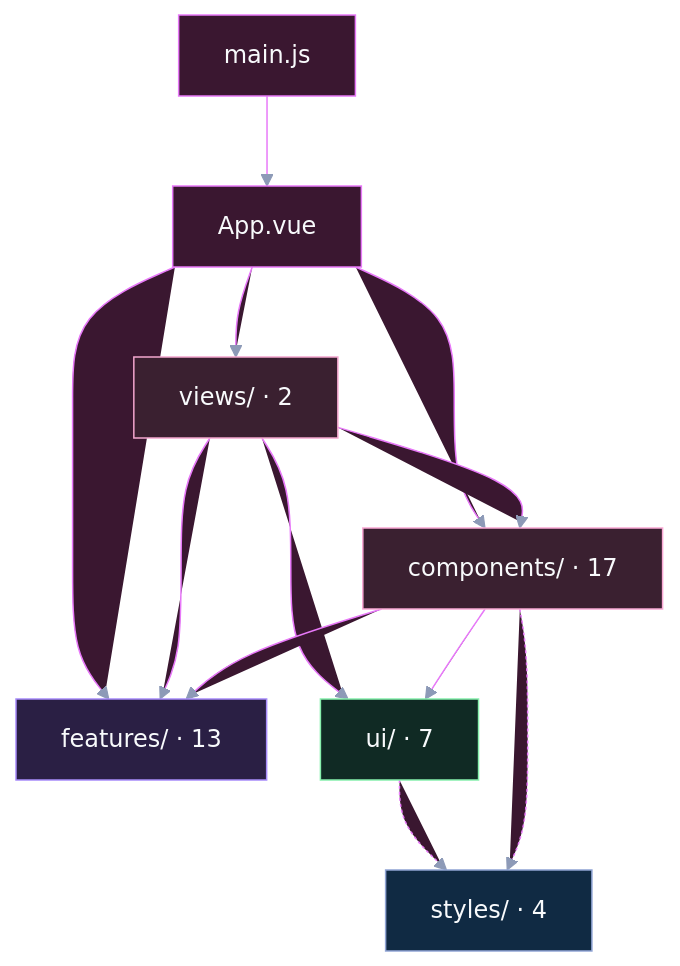
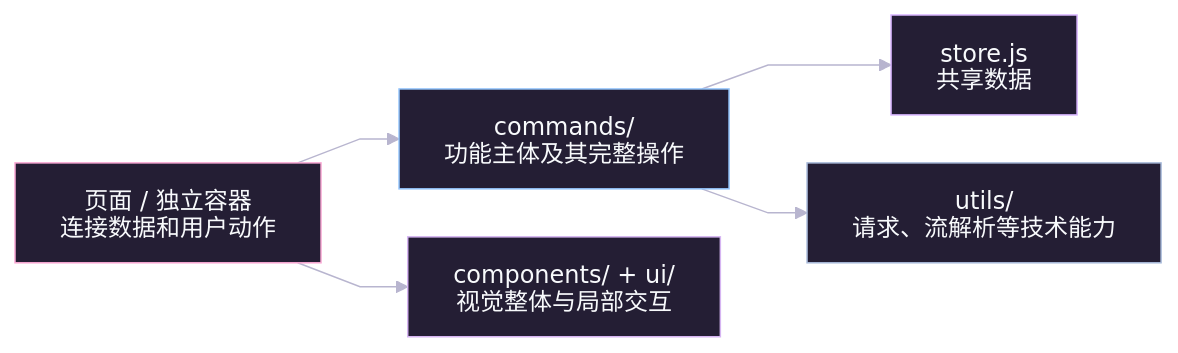
One commit to kernel4632/agent changed the diagram in docs/frontend-target-layers.mmd. Above: the diagram before and after it, drawn with Mermaid. The commit also changed 16 other files, not shown here.

```diff
--- a/docs/frontend-target-layers.mmd
+++ b/docs/frontend-target-layers.mmd
@@ -1,25 +1,13 @@
-%%{init: {'theme':'base','themeVariables':{'fontFamily':'ui-monospace, monospace','fontSize':'16px','primaryColor':'#241c35','primaryBorderColor':'#b5a4d5','primaryTextColor':'#f8fafc','lineColor':'#8d9ab7','clusterBkg':'#151521','clusterBorder':'#60526d','edgeLabelBackground':'#171822'},'flowchart':{'htmlLabels':false,'useMaxWidth':true,'nodeSpacing':30,'rankSpacing':60}}}%%
-flowchart TB
-  main["main.js"] --> app["App.vue"]
-  app --> views["views/ · 2"]
-  app --> components["components/ · 17"]
-  app --> features["features/ · 13"]
-  views --> components
-  views --> features
-  views --> ui["ui/ · 7"]
-  components --> features
-  components --> ui
-  ui -.-> styles["styles/ · 4"]
-  components -.-> styles
-  classDef root fill:#3a1730,stroke:#e879f9,color:#f8fafc
-  classDef feat fill:#2a1f44,stroke:#a78bfa,color:#f8fafc
-  classDef view fill:#3a2030,stroke:#f3a6ce,color:#f8fafc
-  classDef comp fill:#3a2030,stroke:#f9a8d4,color:#f8fafc
-  classDef kit fill:#102a24,stroke:#86efac,color:#f8fafc
-  classDef base fill:#102a43,stroke:#91a5d5,color:#f8fafc
-  class main,app root
-  class features feat
-  class views view
-  class components comp
-  class ui kit
-  class styles base
+%%{init: {"theme":"base","htmlLabels":false,"themeVariables":{"darkMode":true,"background":"#0d0f16","fontFamily":"system-ui, Microsoft YaHei, sans-serif","fontSize":"16px","primaryColor":"#241e34","primaryTextColor":"#f8fafc","primaryBorderColor":"#bfaad9","lineColor":"#b8b5cf","clusterBkg":"#171520","clusterBorder":"#66576f","edgeLabelBackground":"#171520"},"flowchart":{"htmlLabels":false,"curve":"linear","nodeSpacing":32,"rankSpacing":52}}}%%
+flowchart LR
+V["页面 / 独立容器<br/>连接数据和用户动作"]:::dir_views --> C["commands/<br/>功能主体及其完整操作"]:::dir_commands
+C --> S["store.js<br/>共享数据"]:::dir_root
+C --> U["utils/<br/>请求、流解析等技术能力"]:::dir_utils
+V --> P["components/ + ui/<br/>视觉整体与局部交互"]:::dir_components
+classDef dir_root fill:#241e34,stroke:#d8b4fe,color:#f8fafc
+classDef dir_commands fill:#241e34,stroke:#93c5fd,color:#f8fafc
+classDef dir_views fill:#241e34,stroke:#f9a8d4,color:#f8fafc
+classDef dir_components fill:#241e34,stroke:#d6b5f2,color:#f8fafc
+classDef dir_ui fill:#241e34,stroke:#b8bdfa,color:#f8fafc
+classDef dir_utils fill:#241e34,stroke:#a8bada,color:#f8fafc
+classDef dir_styles fill:#241e34,stroke:#c3a9d3,color:#f8fafc
```
